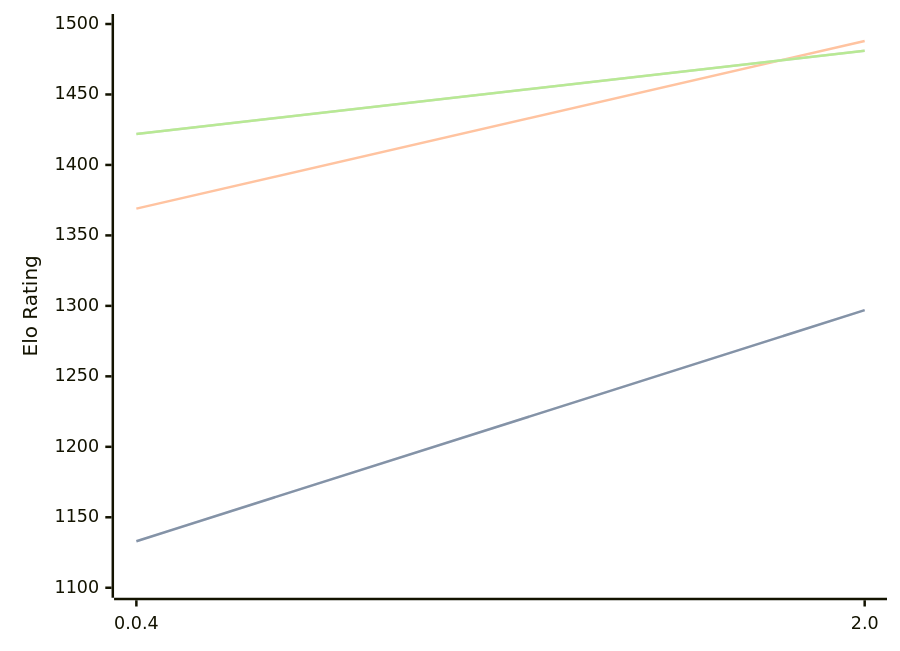
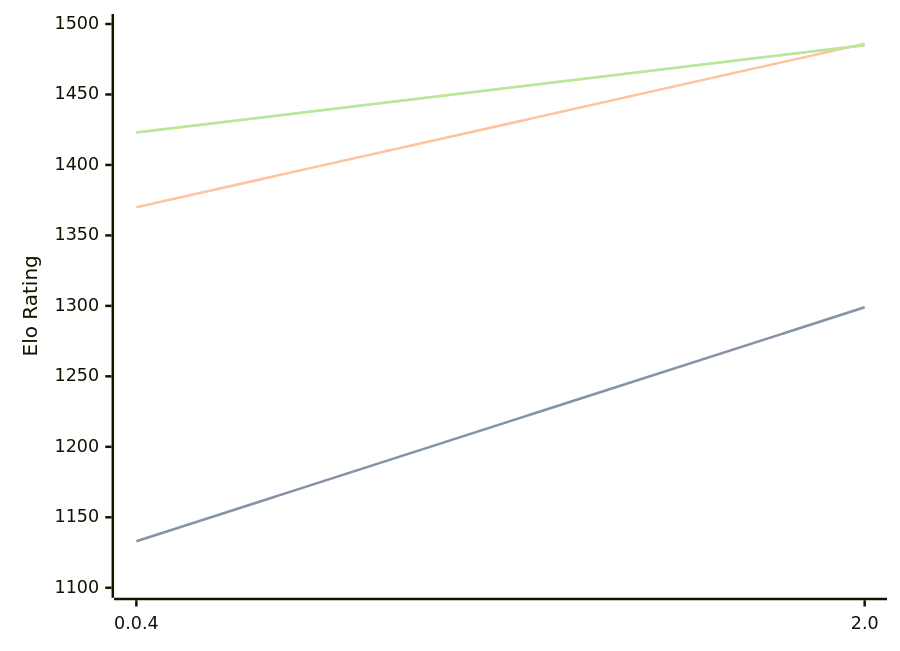
One commit to computer-chess-index/cci changed the diagram in engines/Oops!Mate.md. Above: the diagram before and after it, drawn with Mermaid. The commit also changed other lines of this file, not shown here.

Commit message:
Update CCI Ratings (ELO VLTC) - 2026-05-17

````diff
--- a/engines/Oops!Mate.md
+++ b/engines/Oops!Mate.md
@@ -52,11 +52,11 @@
 ```mermaid
 %%{init: {"theme":"base","themeVariables":{"seriesColors:['#a3a3a3','#222221','#faa371']}}}%%
 xychart-beta
   x-axis ["0.0.4", "2.0"]
   y-axis "Elo Rating" 1100 --> 1500
-  line "STC (8.0+0.08s)" [1133, 1297]
-  line "STC (8.0+0.08s)" [1133, 1297]
-  line "LTC (60.0+0.60s)" [1369, 1488]
-  line "VLTC (2m24s+1.12s)" [1422, 1481]
-  line "VLTC (2m24s+1.12s)" [1422, 1481]
+  line "STC (8.0+0.08s)" [1133, 1299]
+  line "STC (8.0+0.08s)" [1133, 1299]
+  line "LTC (60.0+0.60s)" [1370, 1486]
+  line "VLTC (2m24s+1.12s)" [1423, 1485]
+  line "VLTC (2m24s+1.12s)" [1423, 1485]
 ```
````
